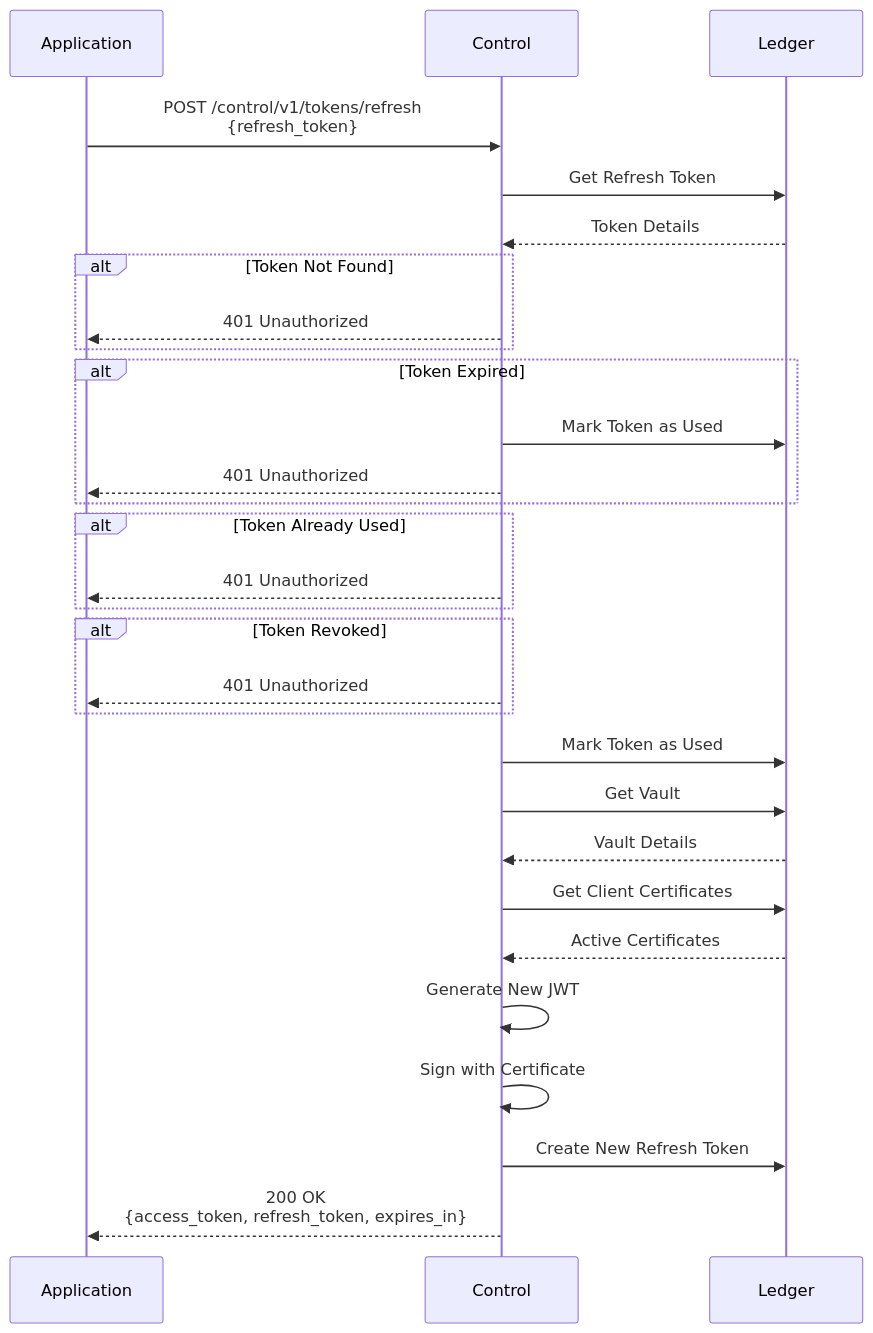
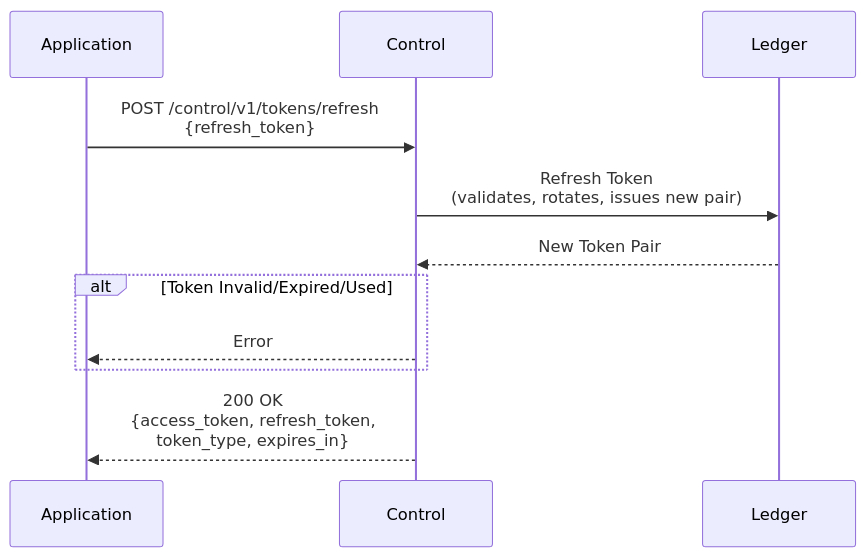
Before and after one commit to inferadb/control: the sixth of 10 diagrams in docs/flows.md, drawn with Mermaid. The commit also changed other lines of this file and 46 other files, not shown here.

````diff
--- a/docs/flows.md
+++ b/docs/flows.md
@@ -267,42 +207,17 @@
 ```mermaid
 sequenceDiagram
     participant App as Application
     participant API as Control
     participant DB as Ledger
 
     App->>API: POST /control/v1/tokens/refresh<br/>{refresh_token}
 
-    API->>DB: Get Refresh Token
-    DB-->>API: Token Details
+    API->>DB: Refresh Token<br/>(validates, rotates, issues new pair)
+    DB-->>API: New Token Pair
 
-    alt Token Not Found
-        API-->>App: 401 Unauthorized
+    alt Token Invalid/Expired/Used
+        API-->>App: Error
     end
 
-    alt Token Expired
-        API->>DB: Mark Token as Used
-        API-->>App: 401 Unauthorized
-    end
-
-    alt Token Already Used
-        API-->>App: 401 Unauthorized
-    end
-
-    alt Token Revoked
-        API-->>App: 401 Unauthorized
-    end
-
-    API->>DB: Mark Token as Used
-    API->>DB: Get Vault
-    DB-->>API: Vault Details
-
-    API->>DB: Get Client Certificates
-    DB-->>API: Active Certificates
-
-    API->>API: Generate New JWT
-    API->>API: Sign with Certificate
-
-    API->>DB: Create New Refresh Token
-
-    API-->>App: 200 OK<br/>{access_token, refresh_token, expires_in}
+    API-->>App: 200 OK<br/>{access_token, refresh_token,<br/>token_type, expires_in}
 ```
````
